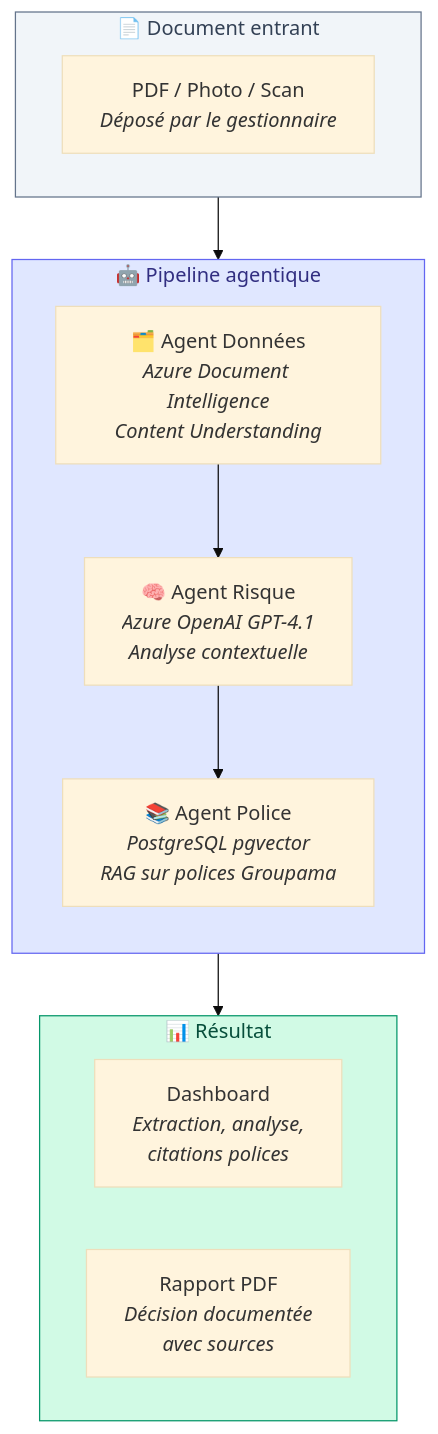
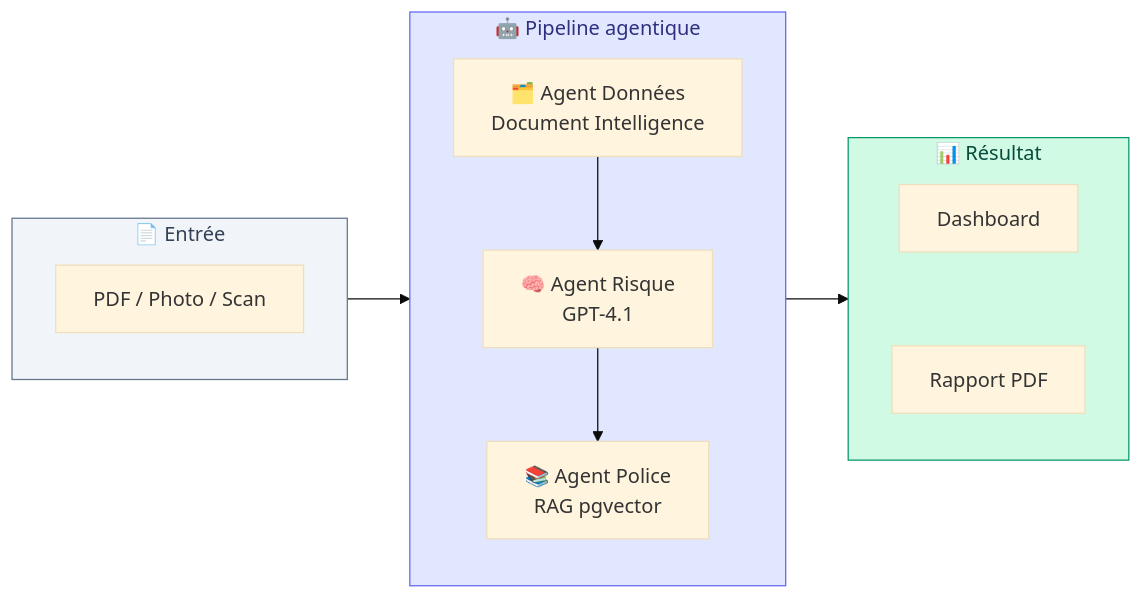
The first of 9 diagrams in docs/ARCHITECTURE-AGENTIC.md (olivMertens/WorkbenchIQ), drawn with Mermaid (base theme) before and after one commit. The commit also changed other lines of this file and 6 other files, not shown here.

First line of the commit message:
Architecture docs: hybrid strategy, HITL, FAQ data locality, pipeline detail, PDF generator

````diff
--- a/docs/ARCHITECTURE-AGENTIC.md
+++ b/docs/ARCHITECTURE-AGENTIC.md
@@ -19,27 +17,16 @@
 ```mermaid
-graph TB
-    subgraph INPUT["📄 Document entrant"]
-        DOC["PDF / Photo / Scan<br/><i>Déposé par le gestionnaire</i>"]
+graph LR
+    subgraph INPUT["📄 Entrée"]
+        DOC["PDF / Photo / Scan"]
     end
-
     subgraph AGENTS["🤖 Pipeline agentique"]
-        direction TB
-        AD["🗂️ Agent Données<br/><i>Azure Document Intelligence<br/>Content Understanding</i>"]
-        AR["🧠 Agent Risque<br/><i>Azure OpenAI GPT-4.1<br/>Analyse contextuelle</i>"]
-        AP["📚 Agent Police<br/><i>PostgreSQL pgvector<br/>RAG sur polices Groupama</i>"]
-
-        AD --> AR --> AP
+        AD["🗂️ Agent Données<br/>Document Intelligence"] --> AR["🧠 Agent Risque<br/>GPT-4.1"] --> AP["📚 Agent Police<br/>RAG pgvector"]
     end
-
     subgraph OUTPUT["📊 Résultat"]
-        direction LR
-        DASH["Dashboard<br/><i>Extraction, analyse,<br/>citations polices</i>"]
-        REPORT["Rapport PDF<br/><i>Décision documentée<br/>avec sources</i>"]
+        DASH["Dashboard"] ~~~ REPORT["Rapport PDF"]
     end
-
     INPUT --> AGENTS --> OUTPUT
-
     style INPUT fill:#f1f5f9,stroke:#64748b,color:#334155
     style AGENTS fill:#e0e7ff,stroke:#6366f1,color:#312e81
     style OUTPUT fill:#d1fae5,stroke:#059669,color:#064e3b
 ```
````
